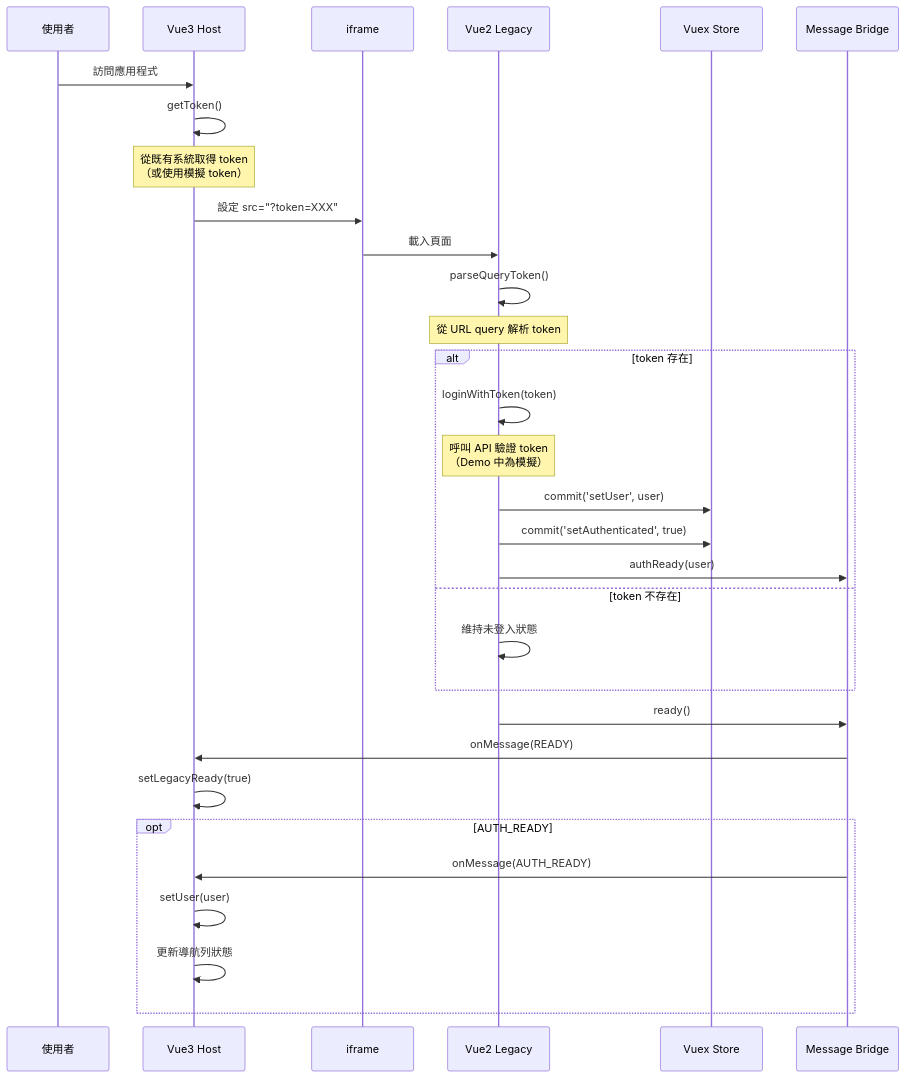
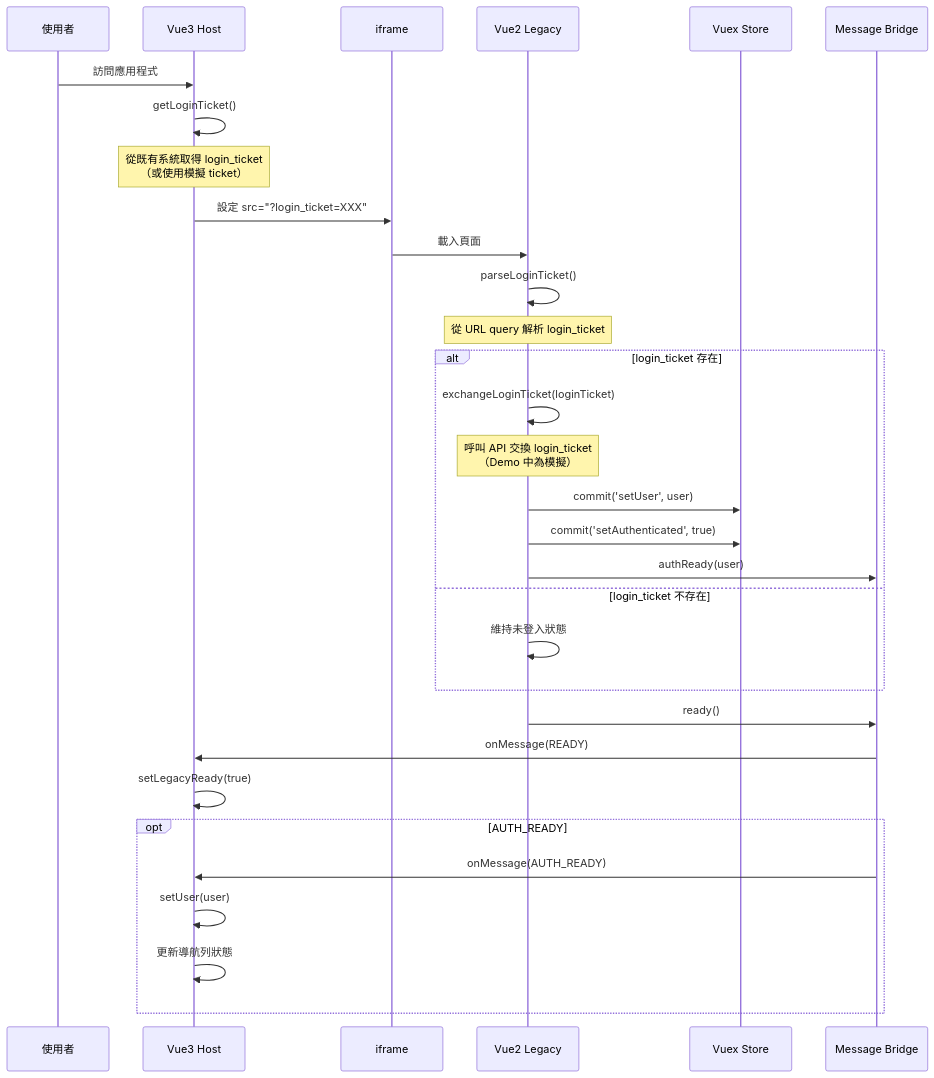
One commit to gmliao/vue-hybrid-bridge-demo changed the diagram in docs/LOGIN_FLOW.zh.md. Above: the diagram before and after it, drawn with Mermaid. The commit also changed other lines of this file and 26 other files, not shown here.

First line of the commit message:
refactor: update login flow to use login_ticket instead of token

````diff
--- a/docs/LOGIN_FLOW.zh.md
+++ b/docs/LOGIN_FLOW.zh.md
@@ -17,39 +17,39 @@
 ```mermaid
 sequenceDiagram
     participant User as 使用者
     participant Vue3 as Vue3 Host
     participant iframe as iframe
     participant Vue2 as Vue2 Legacy
     participant Vuex as Vuex Store
     participant Bridge as Message Bridge
 
     User->>Vue3: 訪問應用程式
-    Vue3->>Vue3: getToken()
-    Note over Vue3: 從既有系統取得 token<br/>（或使用模擬 token）
+    Vue3->>Vue3: getLoginTicket()
+    Note over Vue3: 從既有系統取得 login_ticket<br/>（或使用模擬 ticket）
     
-    Vue3->>iframe: 設定 src="?token=XXX"
+    Vue3->>iframe: 設定 src="?login_ticket=XXX"
     iframe->>Vue2: 載入頁面
     
-    Vue2->>Vue2: parseQueryToken()
-    Note over Vue2: 從 URL query 解析 token
+    Vue2->>Vue2: parseLoginTicket()
+    Note over Vue2: 從 URL query 解析 login_ticket
     
-    alt token 存在
-        Vue2->>Vue2: loginWithToken(token)
-        Note over Vue2: 呼叫 API 驗證 token<br/>（Demo 中為模擬）
+    alt login_ticket 存在
+        Vue2->>Vue2: exchangeLoginTicket(loginTicket)
+        Note over Vue2: 呼叫 API 交換 login_ticket<br/>（Demo 中為模擬）
         Vue2->>Vuex: commit('setUser', user)
         Vue2->>Vuex: commit('setAuthenticated', true)
         Vue2->>Bridge: authReady(user)
-    else token 不存在
+    else login_ticket 不存在
         Vue2->>Vue2: 維持未登入狀態
     end
     
     Vue2->>Bridge: ready()
     Bridge->>Vue3: onMessage(READY)
     Vue3->>Vue3: setLegacyReady(true)
     
     opt AUTH_READY
         Bridge->>Vue3: onMessage(AUTH_READY)
         Vue3->>Vue3: setUser(user)
         Vue3->>Vue3: 更新導航列狀態
     end
 ```
````
